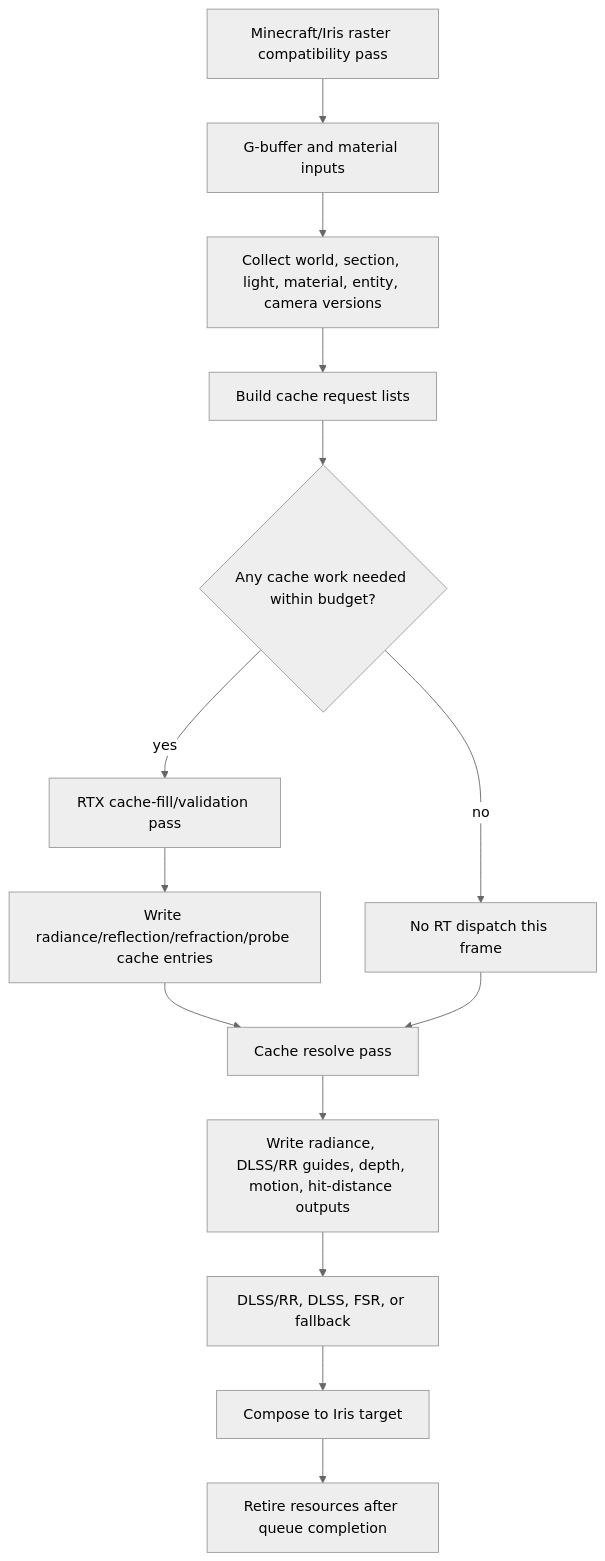
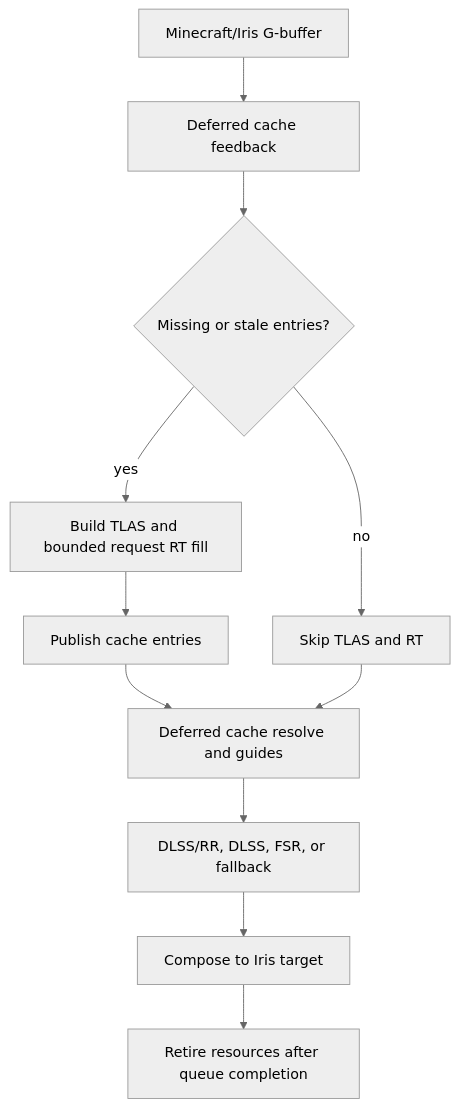
The diagram in plans/OPTIMIZATION_AGENT_FLOW.md (MikeStahp/vulkanite-1.20.1), drawn with Mermaid (neutral theme) before and after one commit. The commit also changed other lines of this file and 25 other files, not shown here.

````diff
--- a/plans/OPTIMIZATION_AGENT_FLOW.md
+++ b/plans/OPTIMIZATION_AGENT_FLOW.md
@@ -98,16 +149,13 @@
 ```mermaid
 flowchart TD
-    A[Minecraft/Iris raster compatibility pass] --> B[G-buffer and material inputs]
-    B --> C[Collect world, section, light, material, entity, camera versions]
-    C --> D[Build cache request lists]
-    D --> E{Any cache work needed within budget?}
-    E -->|yes| F[RTX cache-fill/validation pass]
-    F --> G[Write radiance/reflection/refraction/probe cache entries]
-    E -->|no| H[No RT dispatch this frame]
-    G --> I[Cache resolve pass]
-    H --> I
-    I --> J[Write radiance, DLSS/RR guides, depth, motion, hit-distance outputs]
-    J --> K[DLSS/RR, DLSS, FSR, or fallback]
-    K --> L[Compose to Iris target]
-    L --> M[Retire resources after queue completion]
+    A[Minecraft/Iris G-buffer] --> B[Deferred cache feedback]
+    B --> C{Missing or stale entries?}
+    C -->|yes| D[Build TLAS and bounded request RT fill]
+    C -->|no| E[Skip TLAS and RT]
+    D --> F[Publish cache entries]
+    F --> G[Deferred cache resolve and guides]
+    E --> G
+    G --> H[DLSS/RR, DLSS, FSR, or fallback]
+    H --> I[Compose to Iris target]
+    I --> J[Retire resources after queue completion]
 ```
````
